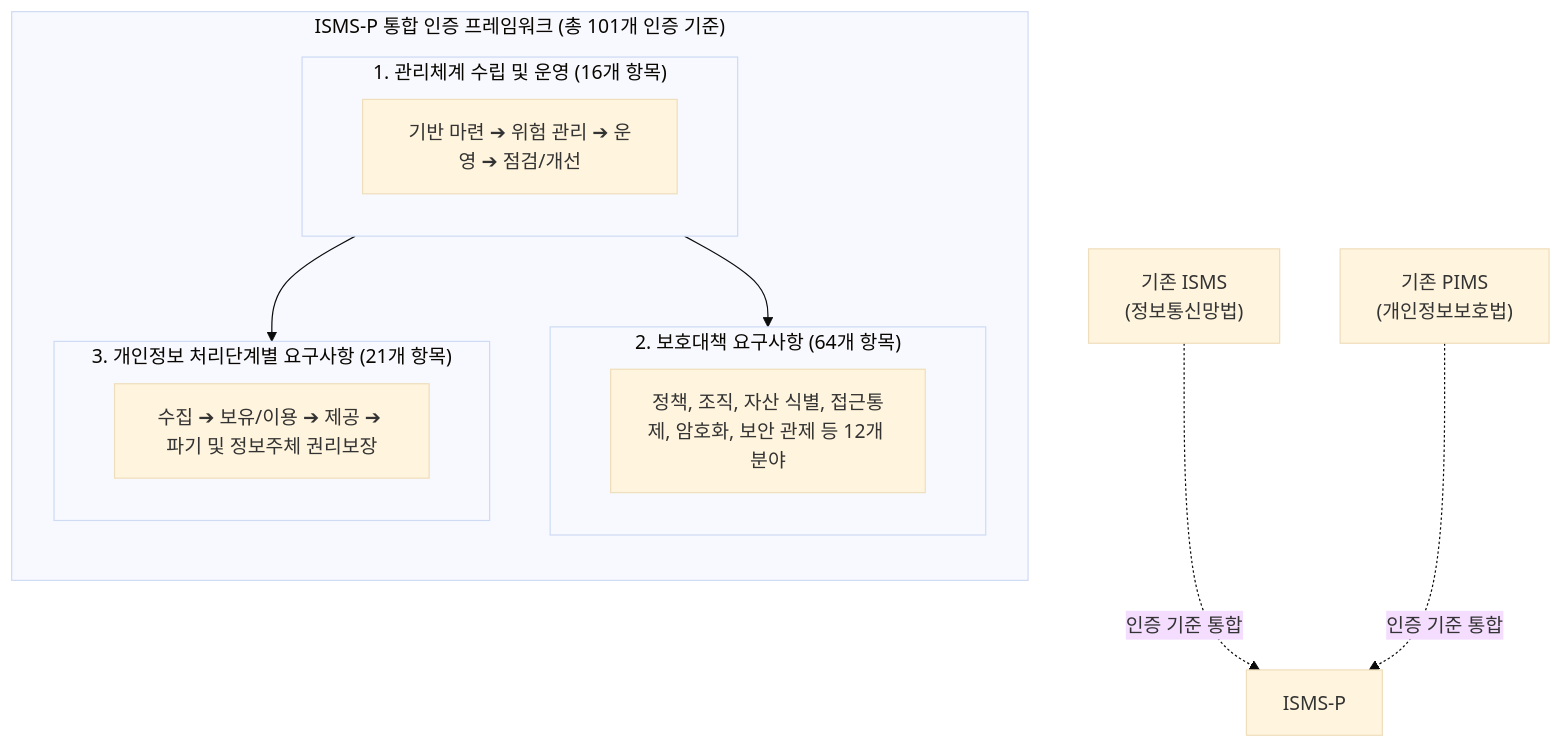
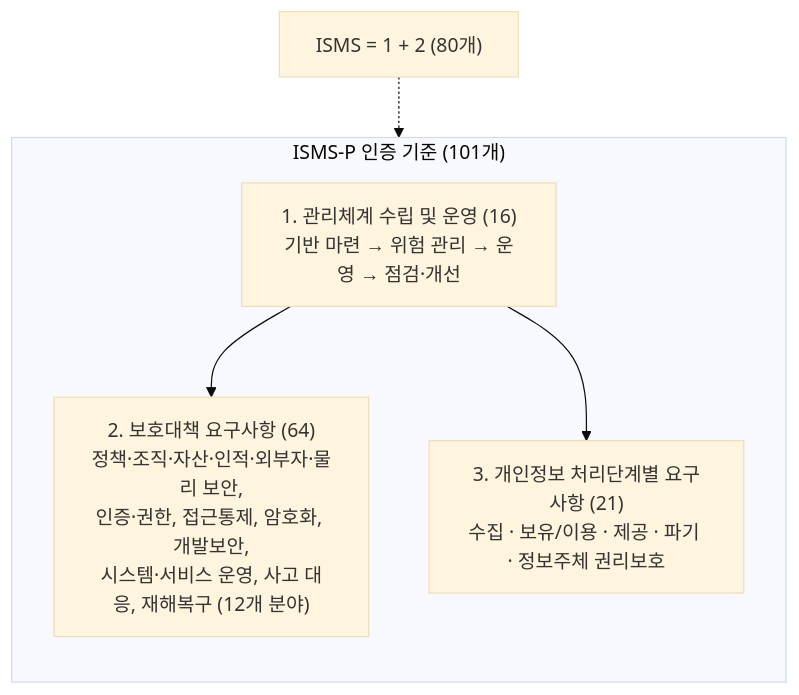
The diagram in content/01_IT Tech/ISMS-P.md (supremethumb/supremethumb.github.io), drawn with Mermaid (base theme) before and after one commit. The commit also changed other lines of this file and 1087 other files, not shown here.

````diff
--- a/content/01_IT Tech/ISMS-P.md
+++ b/content/01_IT Tech/ISMS-P.md
@@ -27,31 +36,12 @@
 ```mermaid
-flowchart TD
-    subgraph "ISMS-P 통합 인증 프레임워크 (총 101개 인증 기준)"
+flowchart TB
+    subgraph ISMSP["ISMS-P 인증 기준 (101개)"]
         direction TB
-        
-        subgraph P1["1. 관리체계 수립 및 운영 (16개 항목)"]
-            direction LR
-            PDCA["기반 마련 ➔ 위험 관리 ➔ 운영 ➔ 점검/개선"]
-        end
-        
-        subgraph P2["2. 보호대책 요구사항 (64개 항목)"]
-            direction LR
-            SEC["정책, 조직, 자산 식별, 접근통제, 암호화, 보안 관제 등 12개 분야"]
-        end
-        
-        subgraph P3["3. 개인정보 처리단계별 요구사항 (21개 항목)"]
-            direction LR
-            PRIVACY["수집 ➔ 보유/이용 ➔ 제공 ➔ 파기 및 정보주체 권리보장"]
-        end
-        
-        P1 --> P2
-        P1 --> P3
+        A1["1. 관리체계 수립 및 운영 (16)<br/>기반 마련 → 위험 관리 → 운영 → 점검·개선"]
+        A2["2. 보호대책 요구사항 (64)<br/>정책·조직·자산·인적·외부자·물리 보안,<br/>인증·권한, 접근통제, 암호화, 개발보안,<br/>시스템·서비스 운영, 사고 대응, 재해복구 (12개 분야)"]
+        A3["3. 개인정보 처리단계별 요구사항 (21)<br/>수집 · 보유/이용 · 제공 · 파기 · 정보주체 권리보호"]
+        A1 --> A2
+        A1 --> A3
     end
-    
-    ISMS["기존 ISMS<br/>(정보통신망법)"]
-    PIMS["기존 PIMS<br/>(개인정보보호법)"]
-    
-    ISMS -. "인증 기준 통합" .-> ISMS-P
-    PIMS -. "인증 기준 통합" .-> ISMS-P
-
+    ISMS["ISMS = 1 + 2 (80개)"] -.-> ISMSP
 ```
````
